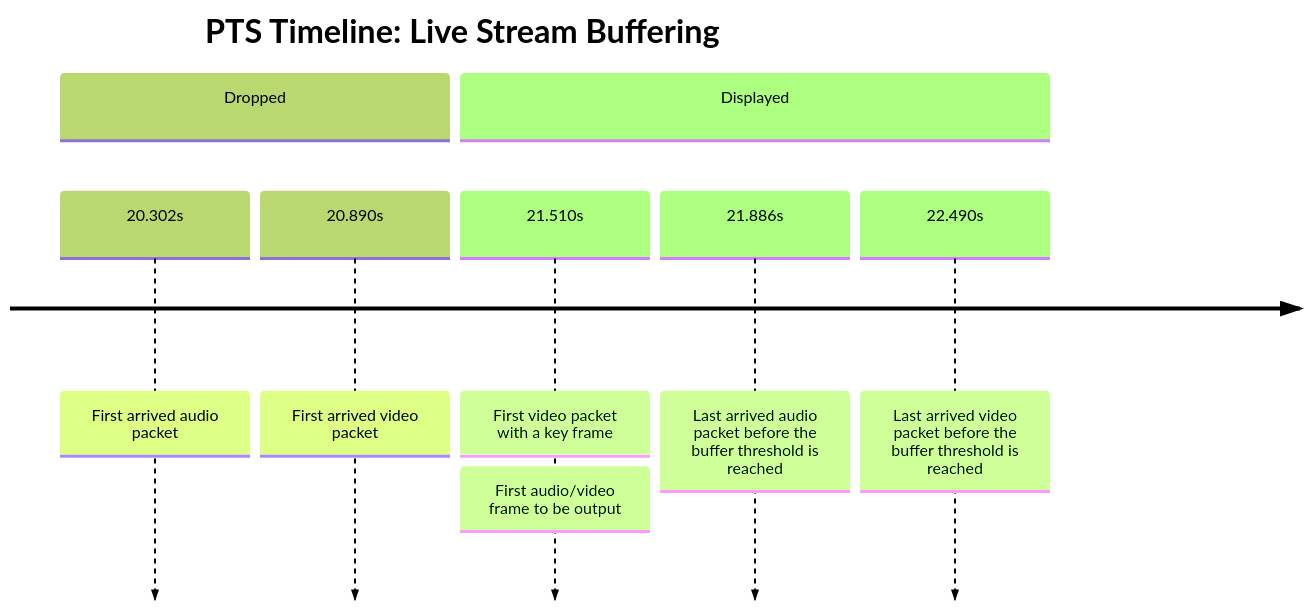
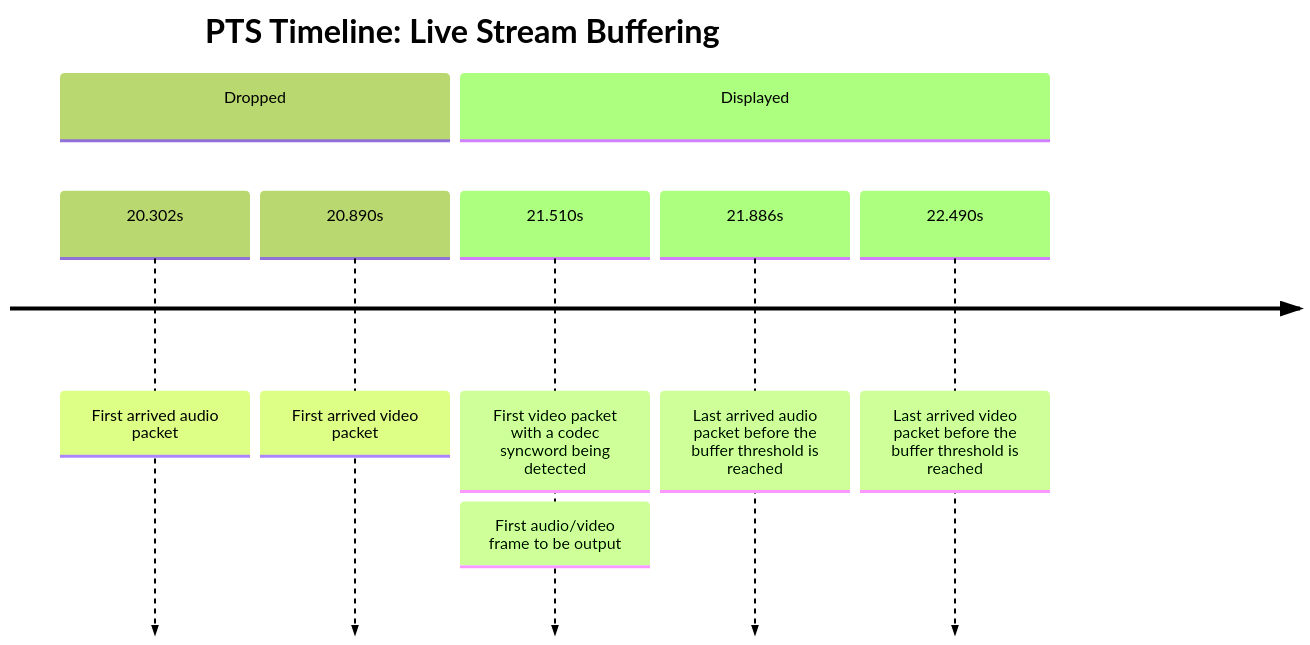
One commit to fwolter/vdr-plugin-softhddevice-drm-gles changed the fifth of 5 diagrams in DEVELOPER.md. Above: the diagram before and after it, drawn with Mermaid (forest theme). The commit also changed other lines of this file and 2 other files, not shown here.

````diff
--- a/DEVELOPER.md
+++ b/DEVELOPER.md
@@ -329,12 +329,12 @@
 ```mermaid
 timeline
 title PTS Timeline: Live Stream Buffering
 
 section Dropped
 20.302s: First arrived audio packet
 20.890s: First arrived video packet
 section Displayed
-21.510s: First video packet with a key frame: First audio/video frame to be output
+21.510s: First video packet with a codec syncword being detected: First audio/video frame to be output
 21.886s: Last arrived audio packet before the buffer threshold is reached
 22.490s: Last arrived video packet before the buffer threshold is reached
 ```
````
